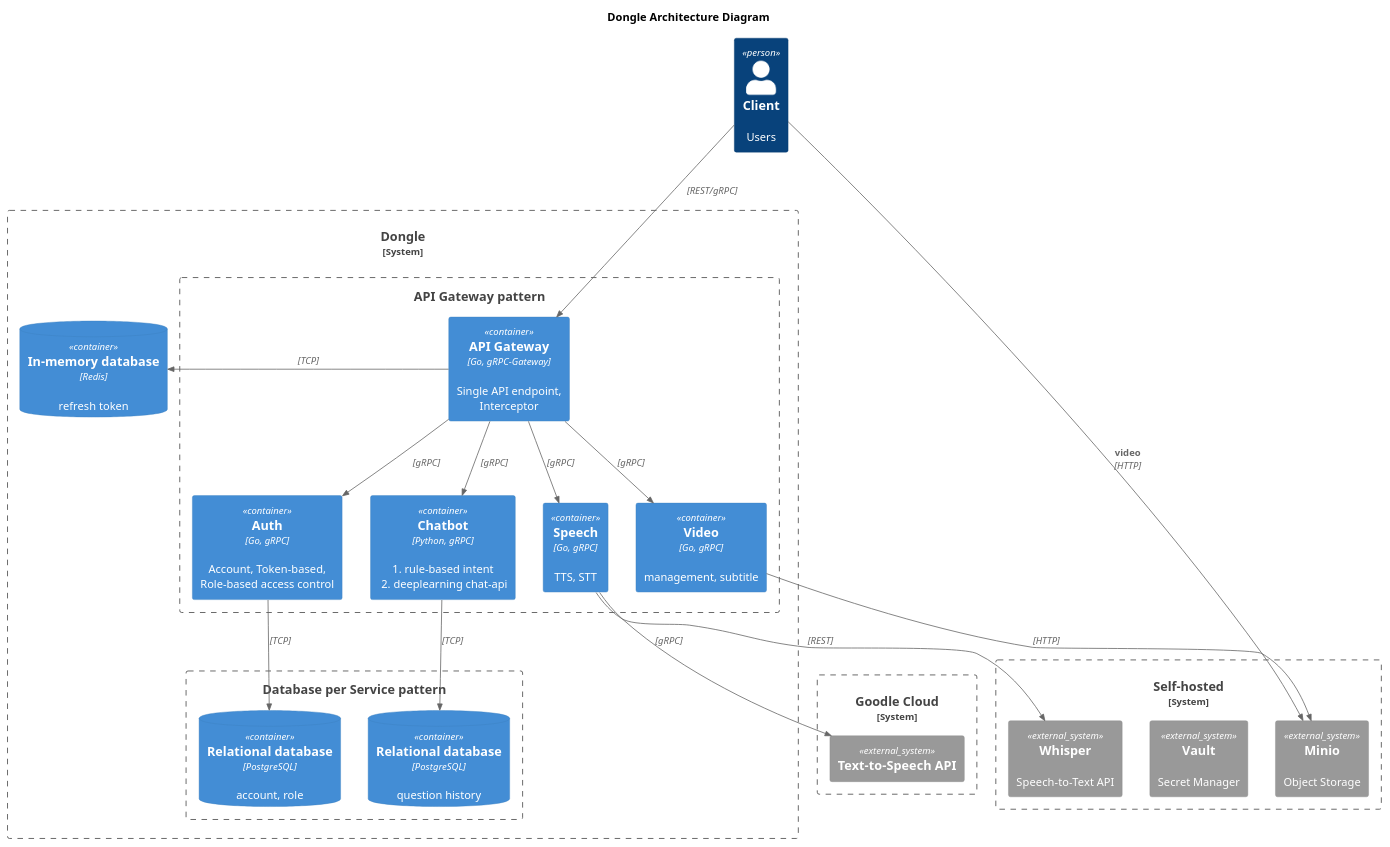
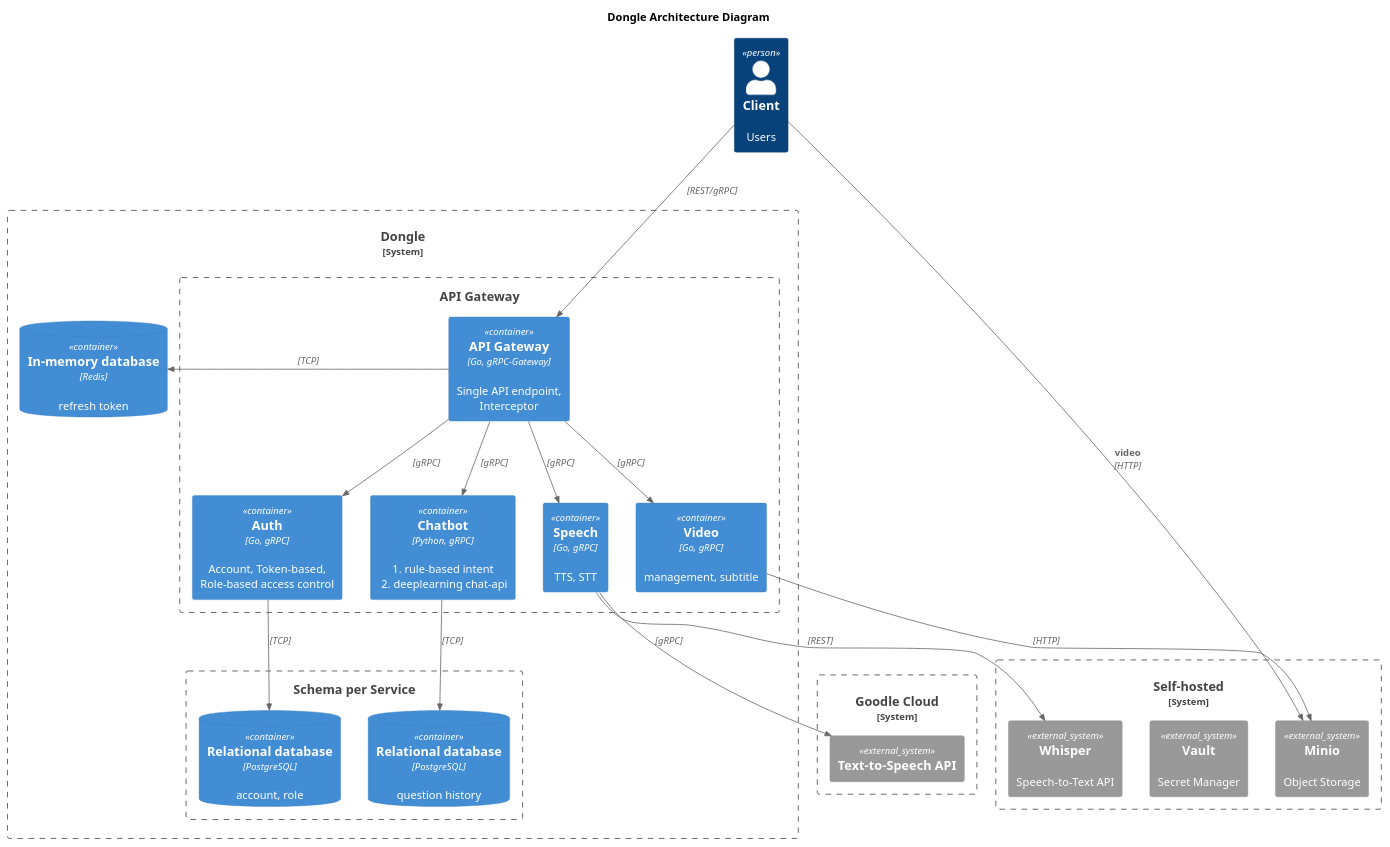
One commit to kimsehyoung/dongle changed the diagram in docs/architecture/dongle.puml. Above: the diagram before and after it, drawn with PlantUML. The commit also changed 59 other files, not shown here.

Commit message:
schema per service

```diff
--- a/docs/architecture/dongle.puml
+++ b/docs/architecture/dongle.puml
@@ -1,51 +1,51 @@
 @startuml app_arch_level1
 !include <c4/C4_Component.puml>  
 title Dongle Architecture Diagram
 
 Person(client, "Client" , "Users")
 
 
 System_Boundary(c1, "Dongle") {
-    Boundary(c2, "API Gateway pattern") {
+    Boundary(c2, "API Gateway") {
         Container(api_gateway, "API Gateway", "Go, gRPC-Gateway","Single API endpoint, Interceptor")
         Container(auth, "Auth", "Go, gRPC", "Account, Token-based, Role-based access control")
         Container(speech, "Speech", "Go, gRPC", "TTS, STT")
         Container(chatbot, "Chatbot", "Python, gRPC", "1. rule-based intent\n 2. deeplearning chat-api")
         Container(video, "Video", "Go, gRPC","management, subtitle")
     }
     ContainerDb(auth_memorydb, "In-memory database", "Redis", "refresh token")
-    Boundary(c2_db, "Database per Service pattern") {
+    Boundary(c2_db, "Schema per Service") {
         ContainerDb(auth_rdb, "Relational database", "PostgreSQL", "account, role")
         ContainerDb(chatbot_rdb, "Relational database", "PostgreSQL", "question history")
     }
 
 }
 
 
 System_Boundary(c1_gcp, "Goodle Cloud") {
     System_Ext(texttospeech, "Text-to-Speech API")
 }
 
 System_Boundary(c1_onpremise, "Self-hosted") {
     System_Ext(minio, "Minio", "Object Storage")
     System_Ext(Vault, "Vault", "Secret Manager")
     System_Ext(whisper, "Whisper", "Speech-to-Text API")
 }
 
 
 Rel(client, api_gateway, "", "REST/gRPC")
 Rel(api_gateway, auth, "", "gRPC")
 Rel(api_gateway, speech, "", "gRPC")
 Rel(api_gateway, chatbot, "", "gRPC")
 Rel(api_gateway, video, "", "gRPC")
 Rel_R(api_gateway, auth_memorydb, "", "TCP")
 Rel(auth, auth_rdb, "", "TCP")
 Rel(speech, whisper, "", "REST")
 Rel(speech, texttospeech, "", "gRPC")
 Rel(chatbot, chatbot_rdb, "", "TCP")
 Rel(video, minio, "", "HTTP")
 Rel(client, minio, "video", "HTTP")
 
 
 
 @enduml
```
